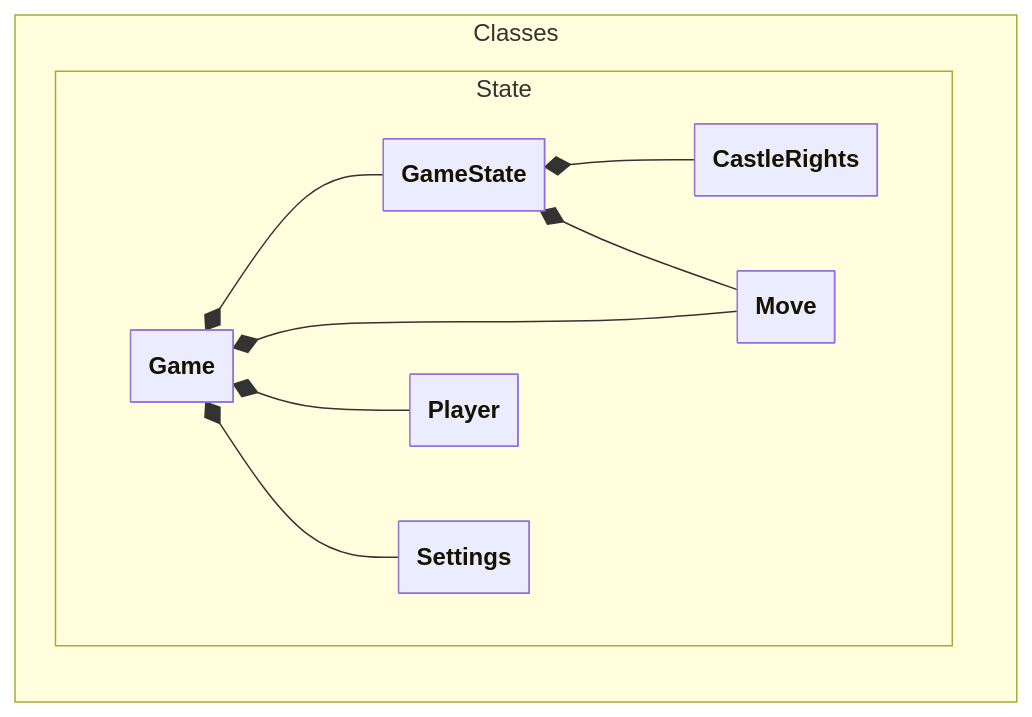
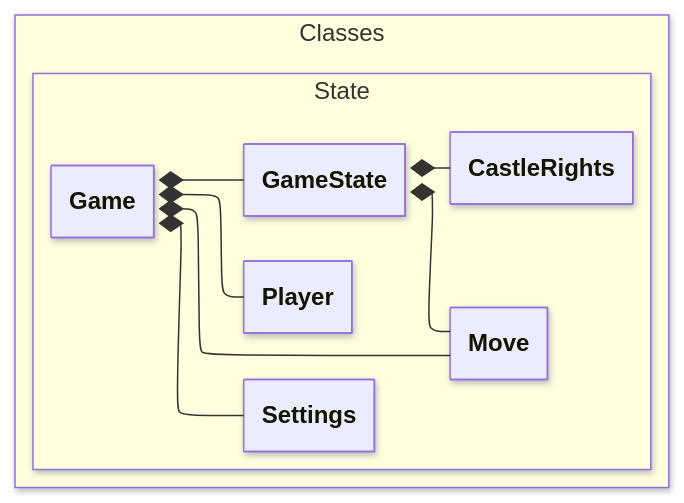
Before and after one commit to connormcharg/school-work: the diagram in NEA-Final/Writeup/Design/Class Diagrams/Mermaid/Backend/Classes/State.md, drawn with Mermaid. The commit also changed 2 other files, not shown here.

Commit message:
diagram testing

````diff
--- a/NEA-Final/Writeup/Design/Class Diagrams/Mermaid/Backend/Classes/State.md
+++ b/NEA-Final/Writeup/Design/Class Diagrams/Mermaid/Backend/Classes/State.md
@@ -1,27 +1,30 @@
 ```mermaid
 ---
-  config:
-    class:
-      hideEmptyMembersBox: true
+config:
+  layout: elk
+  theme: mc
+  class:
+    hideEmptyMembersBox: true
+  look: neo
 ---
 classDiagram
 direction LR
 
 namespace Classes.State {
   class CastleRights
   class Game
   class GameState
   class Move
   class Player
   class Settings
 }
 
 Game *-- GameState
 Game *-- Move
 Game *-- Player
 Game *-- Settings
 
 GameState *-- CastleRights
 GameState *-- Move
 
 ```
````
